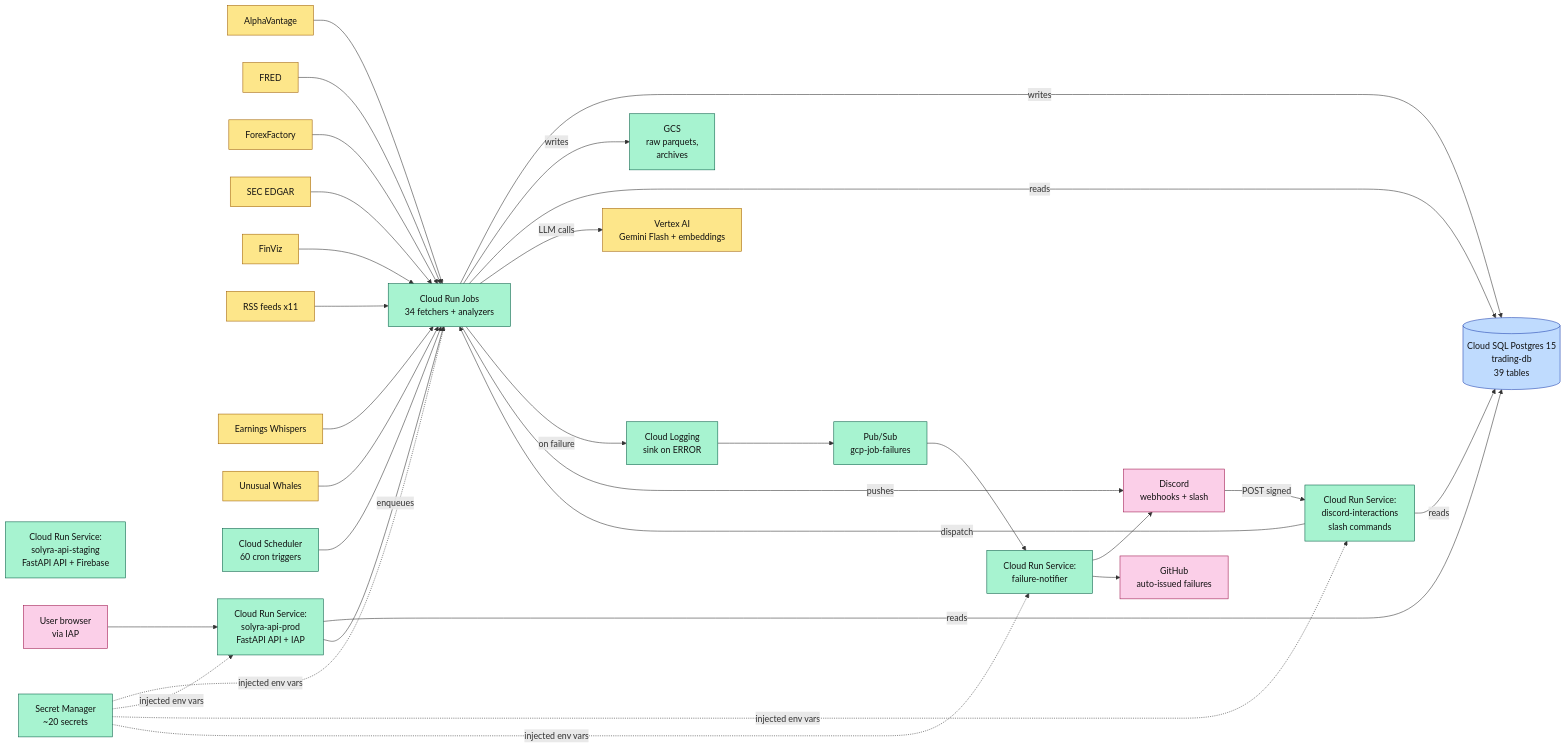
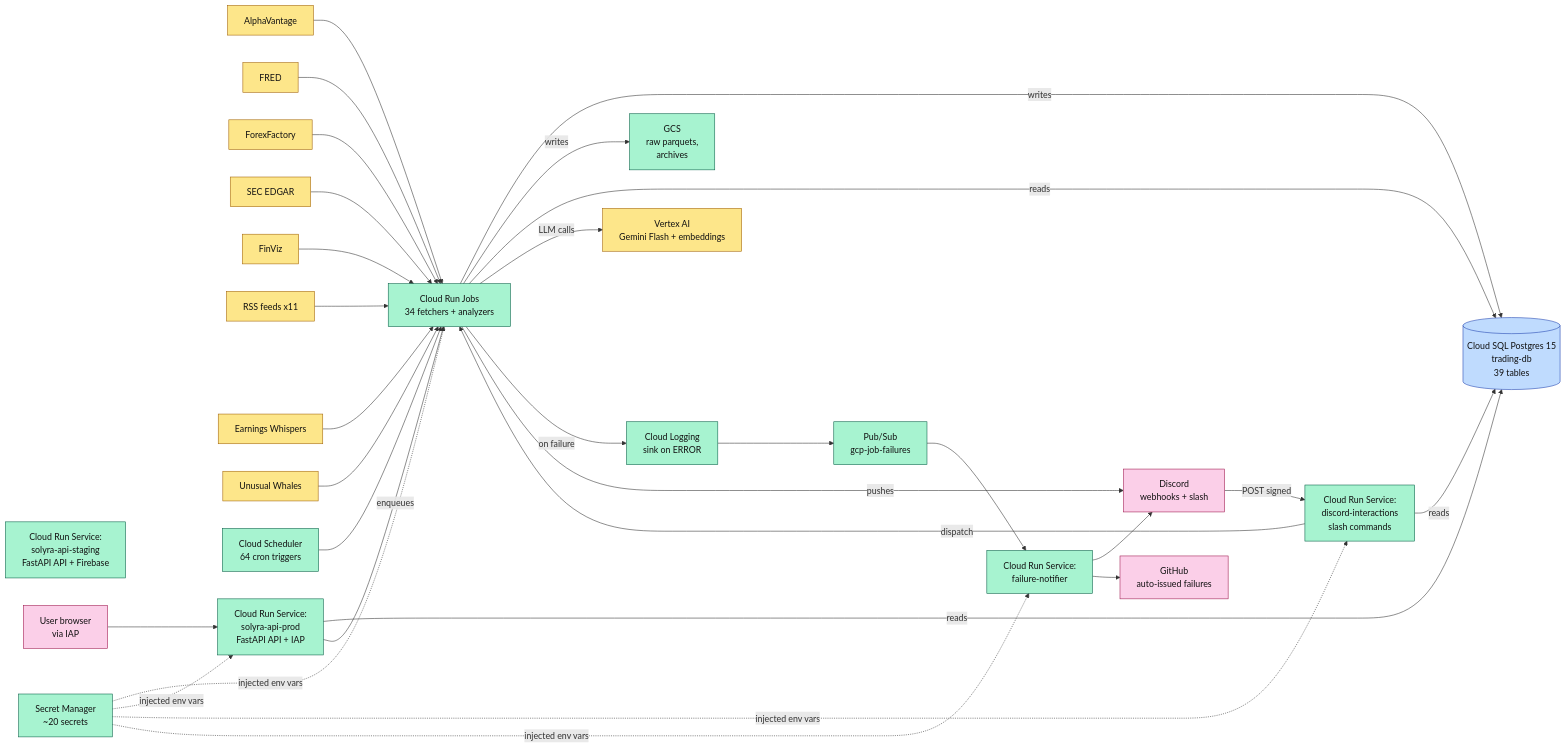
The first of 9 diagrams in docs/GCP_ARCHITECTURE.md (TeneikaAskew/stocks), drawn with Mermaid before and after one commit. The commit also changed other lines of this file and 19 other files, not shown here.

````diff
--- a/docs/GCP_ARCHITECTURE.md
+++ b/docs/GCP_ARCHITECTURE.md
@@ -52,57 +52,57 @@
 ```mermaid
 flowchart LR
     classDef ext fill:#fde68a,stroke:#a16207,color:#111
     classDef gcp fill:#a7f3d0,stroke:#065f46,color:#111
     classDef db  fill:#bfdbfe,stroke:#1e40af,color:#111
     classDef out fill:#fbcfe8,stroke:#9d174d,color:#111
 
     AV[AlphaVantage]:::ext
     FRED[FRED]:::ext
     FF[ForexFactory]:::ext
     EDGAR[SEC EDGAR]:::ext
     FV[FinViz]:::ext
     RSS[RSS feeds x11]:::ext
     EW[Earnings Whispers]:::ext
     UW[Unusual Whales]:::ext
 
-    SCH[Cloud Scheduler<br/>60 cron triggers]:::gcp
+    SCH[Cloud Scheduler<br/>64 cron triggers]:::gcp
     JOBS[Cloud Run Jobs<br/>34 fetchers + analyzers]:::gcp
     SVC1[Cloud Run Service:<br/>solyra-api-prod<br/>FastAPI API + IAP]:::gcp
     SVC1S[Cloud Run Service:<br/>solyra-api-staging<br/>FastAPI API + Firebase]:::gcp
     SVC2[Cloud Run Service:<br/>discord-interactions<br/>slash commands]:::gcp
     SVC3[Cloud Run Service:<br/>failure-notifier]:::gcp
     GCS[GCS<br/>raw parquets,<br/>archives]:::gcp
     SQL[(Cloud SQL Postgres 15<br/>trading-db<br/>39 tables)]:::db
     SECR[Secret Manager<br/>~20 secrets]:::gcp
     PS[Pub/Sub<br/>gcp-job-failures]:::gcp
     LG[Cloud Logging<br/>sink on ERROR]:::gcp
     VAI[Vertex AI<br/>Gemini Flash + embeddings]:::ext
 
     DSC[Discord<br/>webhooks + slash]:::out
     GH[GitHub<br/>auto-issued failures]:::out
     USR[User browser<br/>via IAP]:::out
 
     AV & FRED & FF & EDGAR & FV & RSS & EW & UW --> JOBS
     SCH --> JOBS
     JOBS -- writes --> SQL
     JOBS -- writes --> GCS
     JOBS -- reads --> SQL
     JOBS -- LLM calls --> VAI
 
     USR --> SVC1
     SVC1 -- reads --> SQL
     SVC1 -- enqueues --> JOBS
 
     DSC -- POST signed --> SVC2
     SVC2 -- dispatch --> JOBS
     SVC2 -- reads --> SQL
 
     JOBS -- on failure --> LG
     LG --> PS
     PS --> SVC3
     SVC3 --> DSC
     SVC3 --> GH
 
     JOBS -- pushes --> DSC
     SECR -. injected env vars .-> JOBS & SVC1 & SVC2 & SVC3
 ```
````
